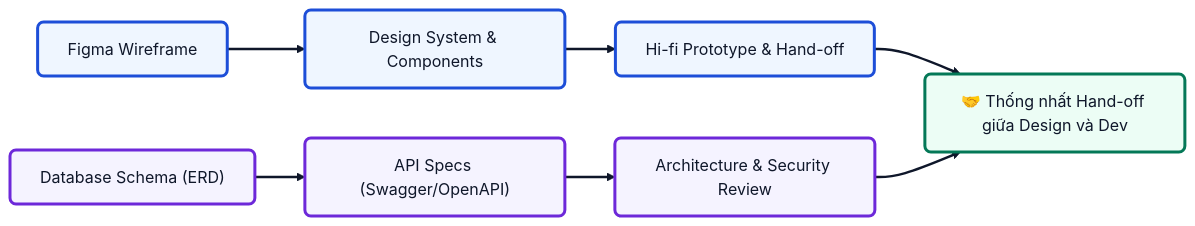
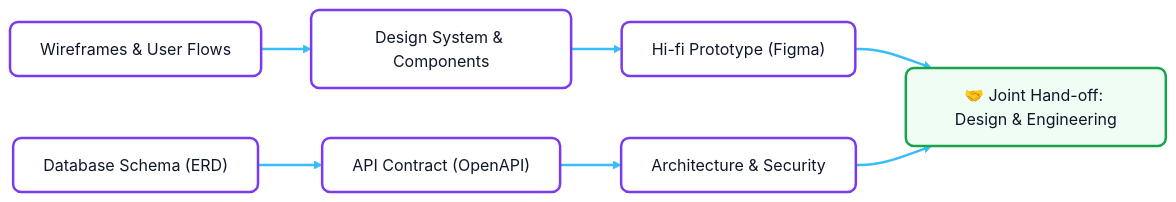
The second of 8 diagrams in PRODUCT-DEVELOPMENT-PROCESS.md (Huy210205/ts-learning), drawn with Mermaid before and after one commit. The commit also changed other lines of this file, not shown here.

````diff
--- a/PRODUCT-DEVELOPMENT-PROCESS.md
+++ b/PRODUCT-DEVELOPMENT-PROCESS.md
@@ -85,15 +77,14 @@
 ```mermaid
 %%{init: {'theme': 'base', 'themeVariables': { 'fontFamily': 'sans-serif' }}}%%
 flowchart LR
-    classDef designStage fill:#eff6ff,stroke:#1d4ed8,stroke-width:3px,color:#0f172a,rx:6px,ry:6px
-    classDef techStage fill:#f5f3ff,stroke:#6d28d9,stroke-width:3px,color:#0f172a,rx:6px,ry:6px
-    classDef syncStage fill:#ecfdf5,stroke:#047857,stroke-width:3px,color:#0f172a,rx:6px,ry:6px
+    classDef stageBox fill:#ffffff,stroke:#7c3aed,stroke-width:2.5px,color:#0f172a,rx:8px,ry:8px
+    classDef syncBox fill:#f0fdf4,stroke:#16a34a,stroke-width:2.5px,color:#0f172a,rx:8px,ry:8px
 
-    D1["Figma Wireframe"]:::designStage ==> D2["Design System & Components"]:::designStage ==> D3["Hi-fi Prototype & Hand-off"]:::designStage
-    T1["Database Schema (ERD)"]:::techStage ==> T2["API Specs (Swagger/OpenAPI)"]:::techStage ==> T3["Architecture & Security Review"]:::techStage
-    
-    D3 ==> M["🤝 Thống nhất Hand-off giữa Design và Dev"]:::syncStage
+    D1["Wireframes & User Flows"]:::stageBox ==> D2["Design System & Components"]:::stageBox ==> D3["Hi-fi Prototype (Figma)"]:::stageBox
+    T1["Database Schema (ERD)"]:::stageBox ==> T2["API Contract (OpenAPI)"]:::stageBox ==> T3["Architecture & Security"]:::stageBox
+
+    D3 ==> M["🤝 Joint Hand-off: Design & Engineering"]:::syncBox
     T3 ==> M
 
-    linkStyle default stroke:#0f172a,stroke-width:2.5px;
+    linkStyle default stroke:#38bdf8,stroke-width:2.5px;
 ```
````
